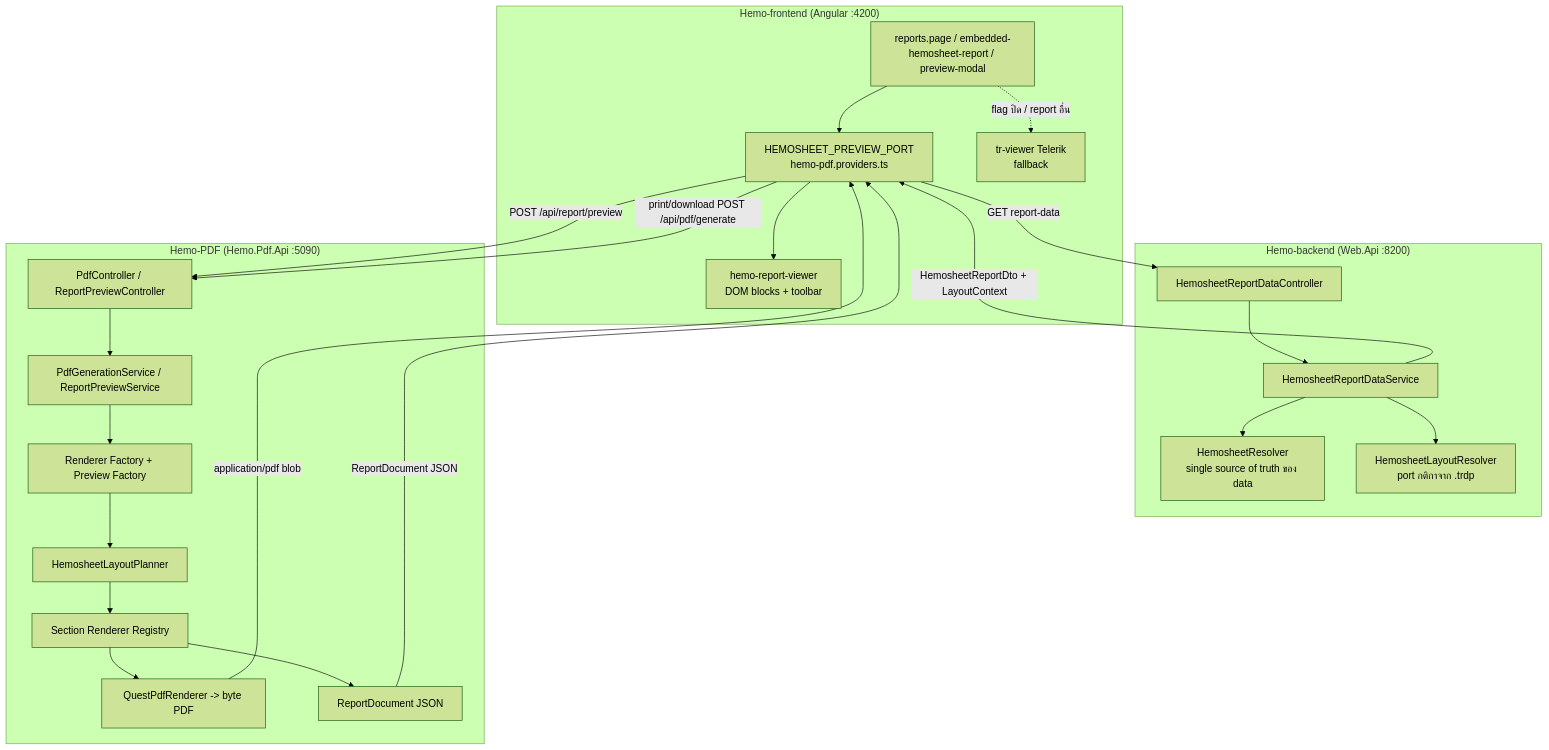
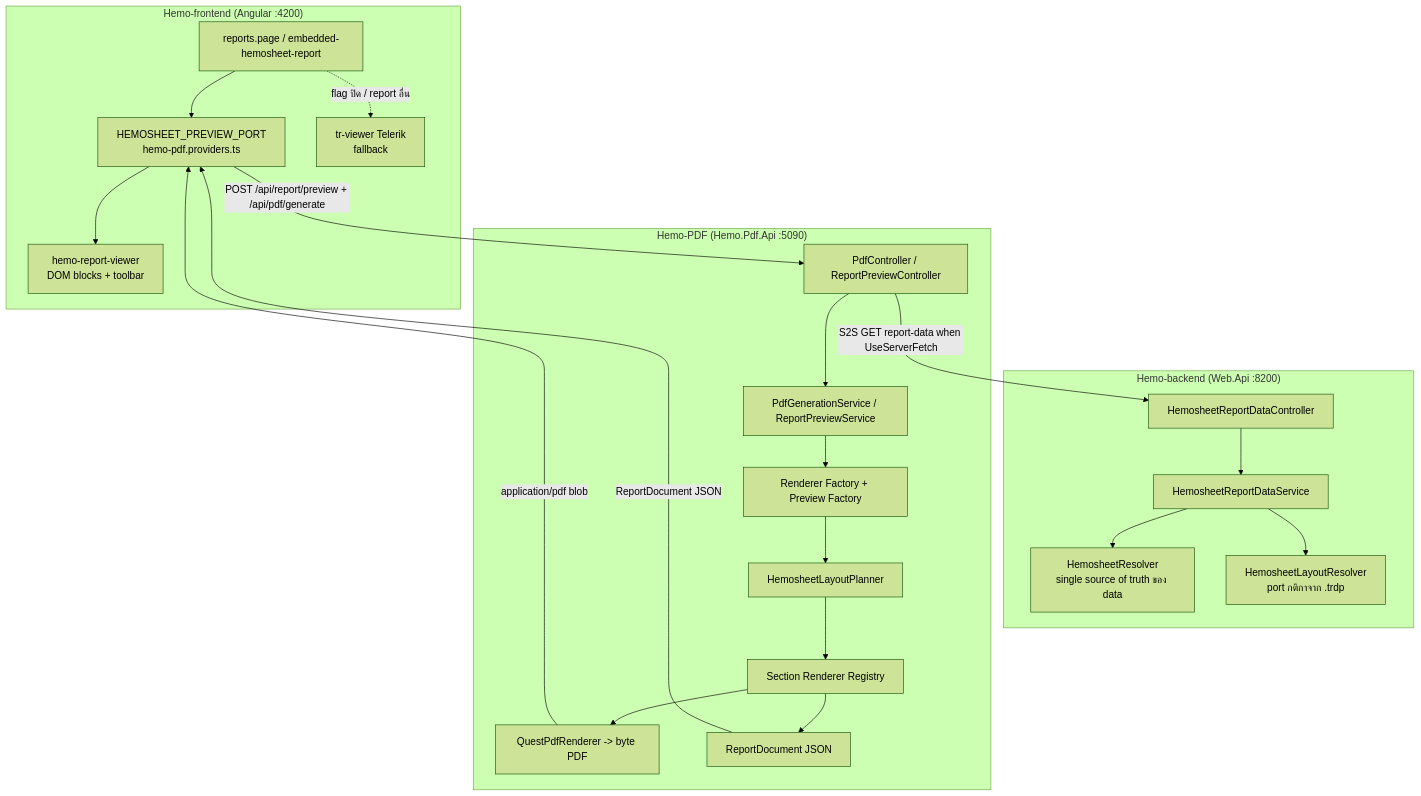
One commit to sirapope-good/hemo-pdf changed the first of 2 diagrams in .cursor/docs/PDF-REPORT-SYSTEM.md. Above: the diagram before and after it, drawn with Mermaid (forest theme). The commit also changed other lines of this file and 34 other files, not shown here.

Commit message:
HEM-1074 feat: server-fetch report-data with template-safe pipeline and cache

````diff
--- a/.cursor/docs/PDF-REPORT-SYSTEM.md
+++ b/.cursor/docs/PDF-REPORT-SYSTEM.md
@@ -49,41 +49,39 @@
 ```mermaid
 flowchart TB
     subgraph FE["Hemo-frontend (Angular :4200)"]
-        RP[reports.page / embedded-hemosheet-report / preview-modal]
+        RP[reports.page / embedded-hemosheet-report]
         PORT[HEMOSHEET_PREVIEW_PORT<br/>hemo-pdf.providers.ts]
         VIEW[hemo-report-viewer<br/>DOM blocks + toolbar]
         TELERIK[tr-viewer Telerik<br/>fallback]
     end
 
     subgraph BE["Hemo-backend (Web.Api :8200)"]
         CTRL[HemosheetReportDataController]
         SVC[HemosheetReportDataService]
         RES[HemosheetResolver<br/>single source of truth ของ data]
         LAYRES[HemosheetLayoutResolver<br/>port กติกาจาก .trdp]
     end
 
     subgraph PDF["Hemo-PDF (Hemo.Pdf.Api :5090)"]
         API[PdfController / ReportPreviewController]
         APP[PdfGenerationService / ReportPreviewService]
         FAC[Renderer Factory + Preview Factory]
         PLAN[HemosheetLayoutPlanner]
         REN[Section Renderer Registry]
         QP[QuestPdfRenderer -> byte PDF]
         DOC[ReportDocument JSON]
     end
 
     RP --> PORT
-    PORT -->|GET report-data| CTRL
+    PORT -->|POST /api/report/preview + /api/pdf/generate| API
+    API -->|S2S GET report-data when UseServerFetch| CTRL
     CTRL --> SVC --> RES
     SVC --> LAYRES
-    SVC -->|HemosheetReportDto + LayoutContext| PORT
-    PORT -->|POST /api/report/preview| API
-    PORT -->|print/download POST /api/pdf/generate| API
     API --> APP --> FAC --> PLAN --> REN
     REN --> QP
     REN --> DOC
     DOC -->|ReportDocument JSON| PORT
     QP -->|application/pdf blob| PORT
     PORT --> VIEW
     RP -.->|flag ปิด / report อื่น| TELERIK
 ```
````
